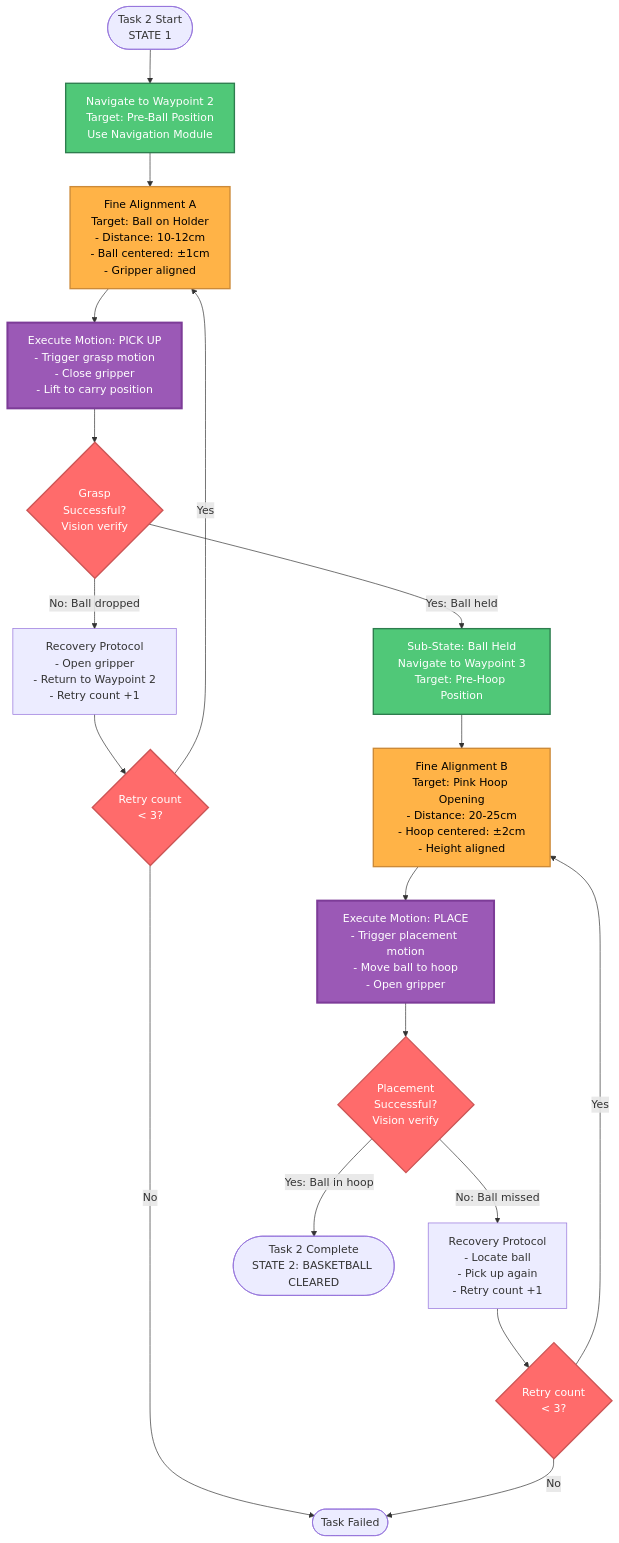
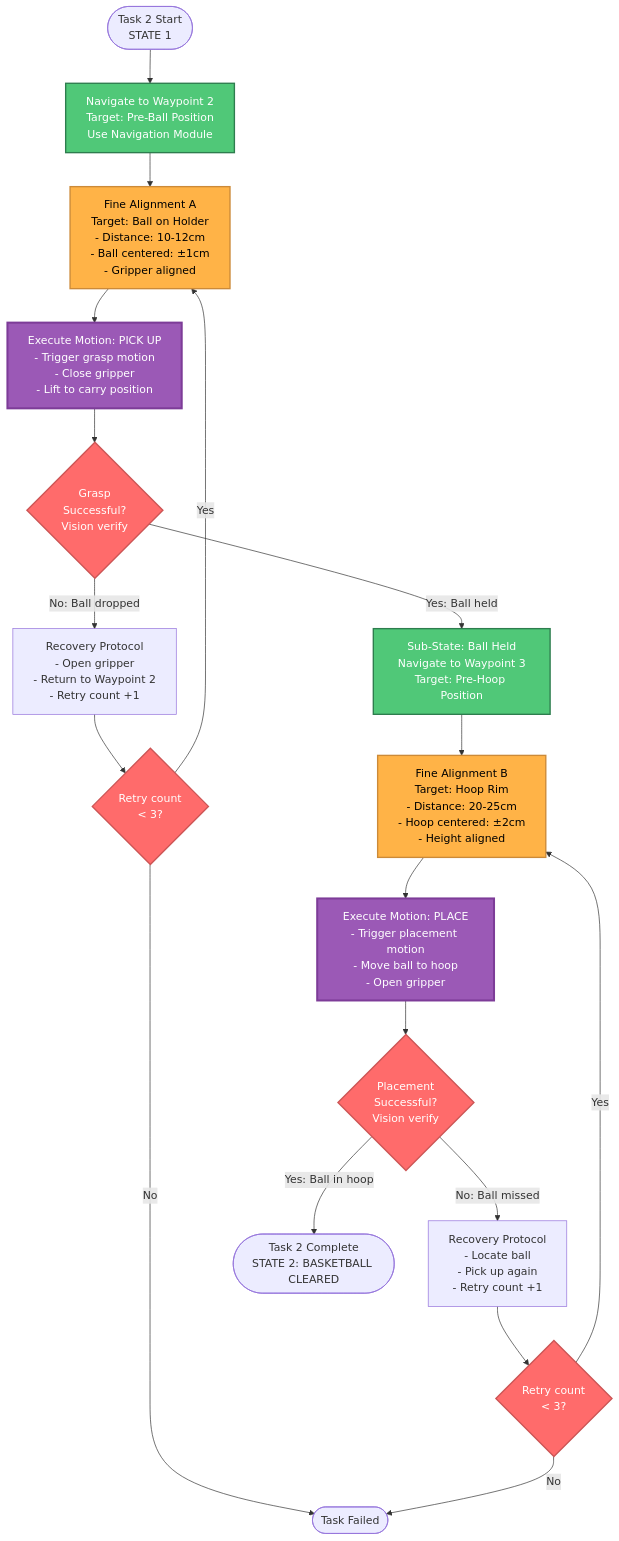
The fifth of 7 diagrams in docs/task/index.md (RHplusLab/RHplusLab.github.io), drawn with Mermaid before and after one commit. The commit also changed other lines of this file and 19 other files, not shown here.

````diff
--- a/docs/task/index.md
+++ b/docs/task/index.md
@@ -157,29 +146,29 @@
     ```mermaid
     flowchart TD
         Start([Task 2 Start<br/>STATE 1]) --> Nav1[Navigate to Waypoint 2<br/>Target: Pre-Ball Position<br/>Use Navigation Module]
         Nav1 --> Align1[Fine Alignment A<br/>Target: Ball on Holder<br/>- Distance: 10-12cm<br/>- Ball centered: ±1cm<br/>- Gripper aligned]
         Align1 --> Exec1[Execute Motion: PICK UP<br/>- Trigger grasp motion<br/>- Close gripper<br/>- Lift to carry position]
         Exec1 --> Check1{Grasp<br/>Successful?<br/>Vision verify}
         Check1 -->|No: Ball dropped| Recover1[Recovery Protocol<br/>- Open gripper<br/>- Return to Waypoint 2<br/>- Retry count +1]
         Recover1 --> MaxRetry1{Retry count<br/>< 3?}
         MaxRetry1 -->|No| Fail([Task Failed])
         MaxRetry1 -->|Yes| Align1
         Check1 -->|Yes: Ball held| SubState[Sub-State: Ball Held<br/>Navigate to Waypoint 3<br/>Target: Pre-Hoop Position]
-        SubState --> Align2[Fine Alignment B<br/>Target: Pink Hoop Opening<br/>- Distance: 20-25cm<br/>- Hoop centered: ±2cm<br/>- Height aligned]
+        SubState --> Align2[Fine Alignment B<br/>Target: Hoop Rim<br/>- Distance: 20-25cm<br/>- Hoop centered: ±2cm<br/>- Height aligned]
         Align2 --> Exec2[Execute Motion: PLACE<br/>- Trigger placement motion<br/>- Move ball to hoop<br/>- Open gripper]
         Exec2 --> Check2{Placement<br/>Successful?<br/>Vision verify}
         Check2 -->|No: Ball missed| Recover2[Recovery Protocol<br/>- Locate ball<br/>- Pick up again<br/>- Retry count +1]
         Recover2 --> MaxRetry2{Retry count<br/>< 3?}
         MaxRetry2 -->|No| Fail
         MaxRetry2 -->|Yes| Align2
         Check2 -->|Yes: Ball in hoop| Complete([Task 2 Complete<br/>STATE 2: BASKETBALL CLEARED])
 
         classDef navClass fill:#50C878,stroke:#2E7D4E,stroke-width:2px,color:#fff
         classDef alignClass fill:#FFB347,stroke:#CC8A38,stroke-width:2px,color:#000
         classDef execClass fill:#9B59B6,stroke:#7D3C98,stroke-width:3px,color:#fff
         classDef checkClass fill:#FF6B6B,stroke:#CC5555,stroke-width:2px,color:#fff
         class Nav1,SubState navClass
         class Align1,Align2 alignClass
         class Exec1,Exec2 execClass
         class Check1,Check2,MaxRetry1,MaxRetry2 checkClass
     ```
````
